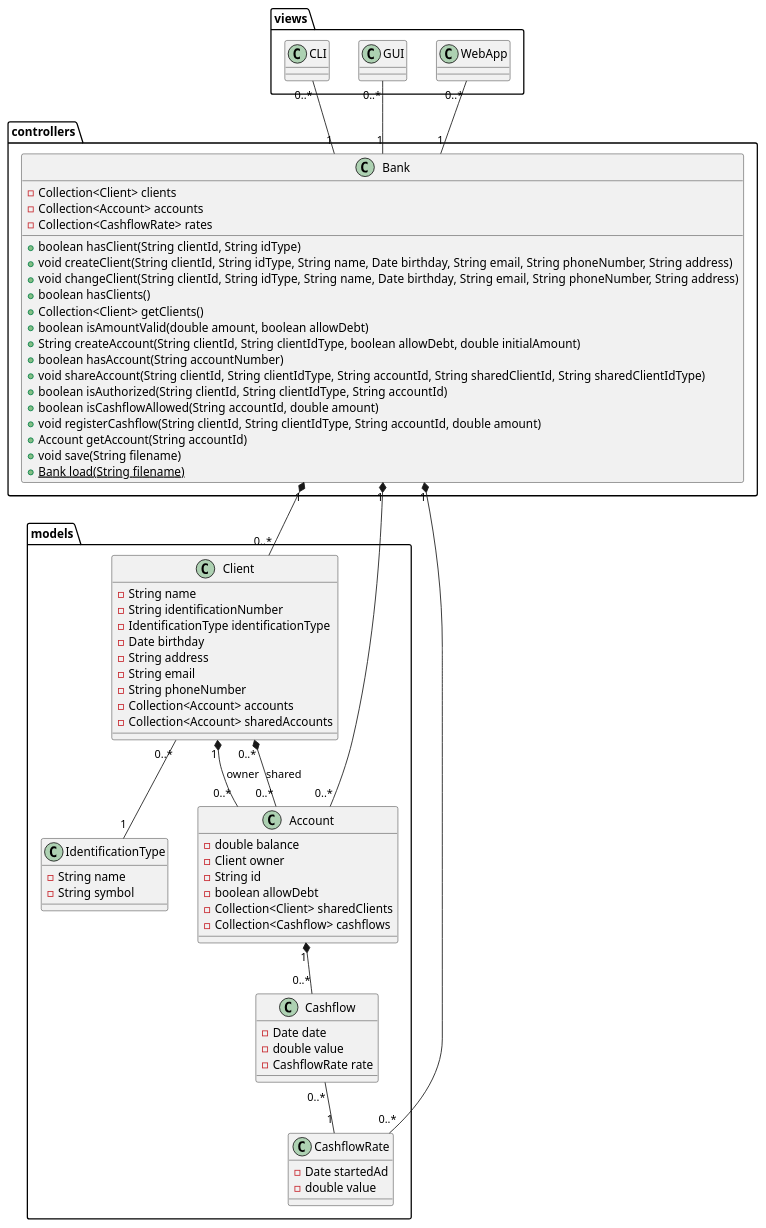
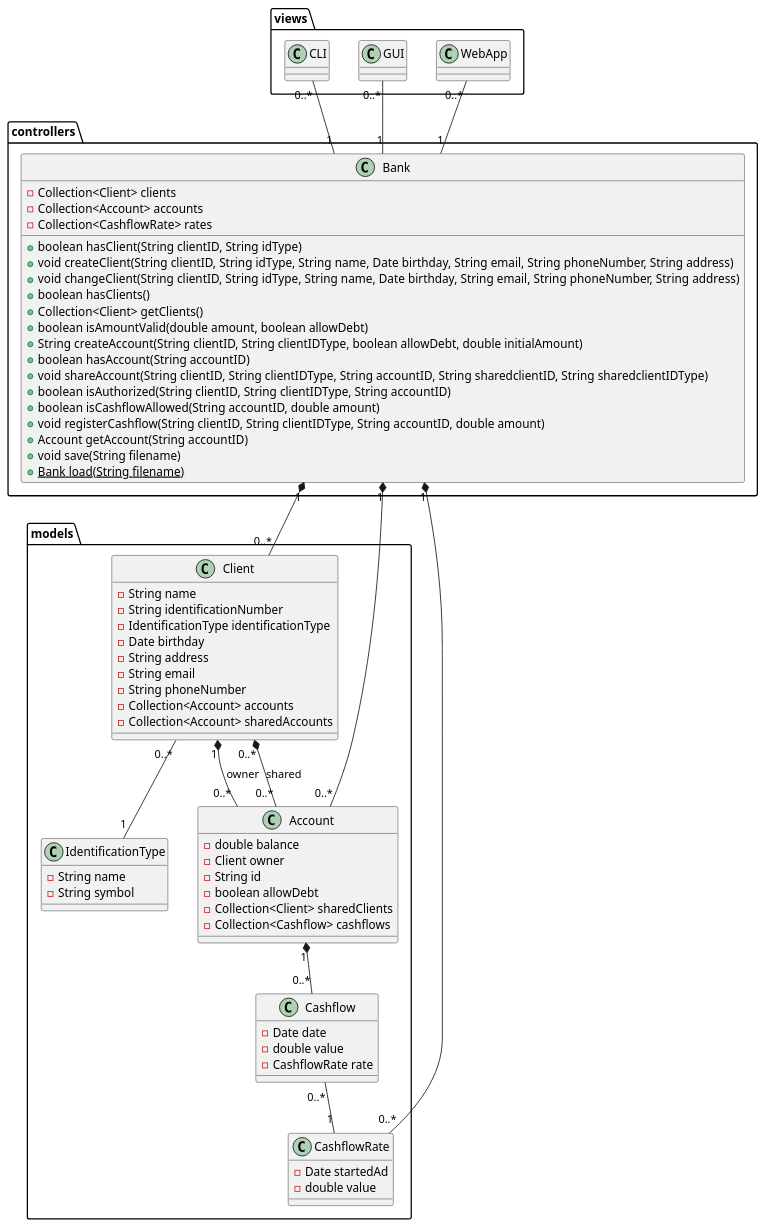
The diagram in diagrams/design.puml (PedroFi/POO-2021-2022-Lab-5), drawn with PlantUML before and after one commit.

Commit message:
Syntax changes.

```diff
--- a/diagrams/design.puml
+++ b/diagrams/design.puml
@@ -1,82 +1,82 @@
 @startuml
 package models {
     class Client {
         -String name
         -String identificationNumber
         -IdentificationType identificationType
         -Date birthday
         -String address
         -String email
         -String phoneNumber
         -Collection<Account> accounts
         -Collection<Account> sharedAccounts
     }
 
     class IdentificationType {
         -String name
         -String symbol
     }
 
     class Account {
         -double balance
         -Client owner
         -String id
         -boolean allowDebt
         -Collection<Client> sharedClients
         -Collection<Cashflow> cashflows
     }
 
     class Cashflow {
         -Date date
         -double value
         -CashflowRate rate
     }
 
     class CashflowRate {
         -Date startedAd
         -double value
     }
 
     Client "1" *-- "0..*" Account : owner
     Client "0..*" *-- "0..*" Account : shared
     Client "0..*" -- "1" IdentificationType
     Account "1" *-- "0..*" Cashflow
     Cashflow "0..*" -- "1" CashflowRate
 }
 
 package controllers {
     class Bank {
         -Collection<Client> clients
         -Collection<Account> accounts
         -Collection<CashflowRate> rates
-        +boolean hasClient(String clientId, String idType)
-        +void createClient(String clientId, String idType, String name, Date birthday, String email, String phoneNumber, String address)
-        +void changeClient(String clientId, String idType, String name, Date birthday, String email, String phoneNumber, String address)
+        +boolean hasClient(String clientID, String idType)
+        +void createClient(String clientID, String idType, String name, Date birthday, String email, String phoneNumber, String address)
+        +void changeClient(String clientID, String idType, String name, Date birthday, String email, String phoneNumber, String address)
         +boolean hasClients()
         +Collection<Client> getClients()
         +boolean isAmountValid(double amount, boolean allowDebt)
-        +String createAccount(String clientId, String clientIdType, boolean allowDebt, double initialAmount)
-        +boolean hasAccount(String accountNumber)
-        +void shareAccount(String clientId, String clientIdType, String accountId, String sharedClientId, String sharedClientIdType)
-        +boolean isAuthorized(String clientId, String clientIdType, String accountId)   
-        +boolean isCashflowAllowed(String accountId, double amount)
-        +void registerCashflow(String clientId, String clientIdType, String accountId, double amount)
-        +Account getAccount(String accountId)
+        +String createAccount(String clientID, String clientIDType, boolean allowDebt, double initialAmount)
+        +boolean hasAccount(String accountID)
+        +void shareAccount(String clientID, String clientIDType, String accountID, String sharedclientID, String sharedclientIDType)
+        +boolean isAuthorized(String clientID, String clientIDType, String accountID)
+        +boolean isCashflowAllowed(String accountID, double amount)
+        +void registerCashflow(String clientID, String clientIDType, String accountID, double amount)
+        +Account getAccount(String accountID)
         +void save(String filename)
         +{static}Bank load(String filename)
     }
     Bank "1" *-- "0..*" Client
     Bank "1" *-- "0..*" Account
     Bank "1" *-- "0..*" CashflowRate
 }
 
 package views {
     class CLI
     class GUI
     class WebApp
 }
 
 CLI "0..*" -- "1" Bank
 WebApp "0..*" -- "1" Bank
 GUI "0..*" -- "1" Bank
 @enduml
```
